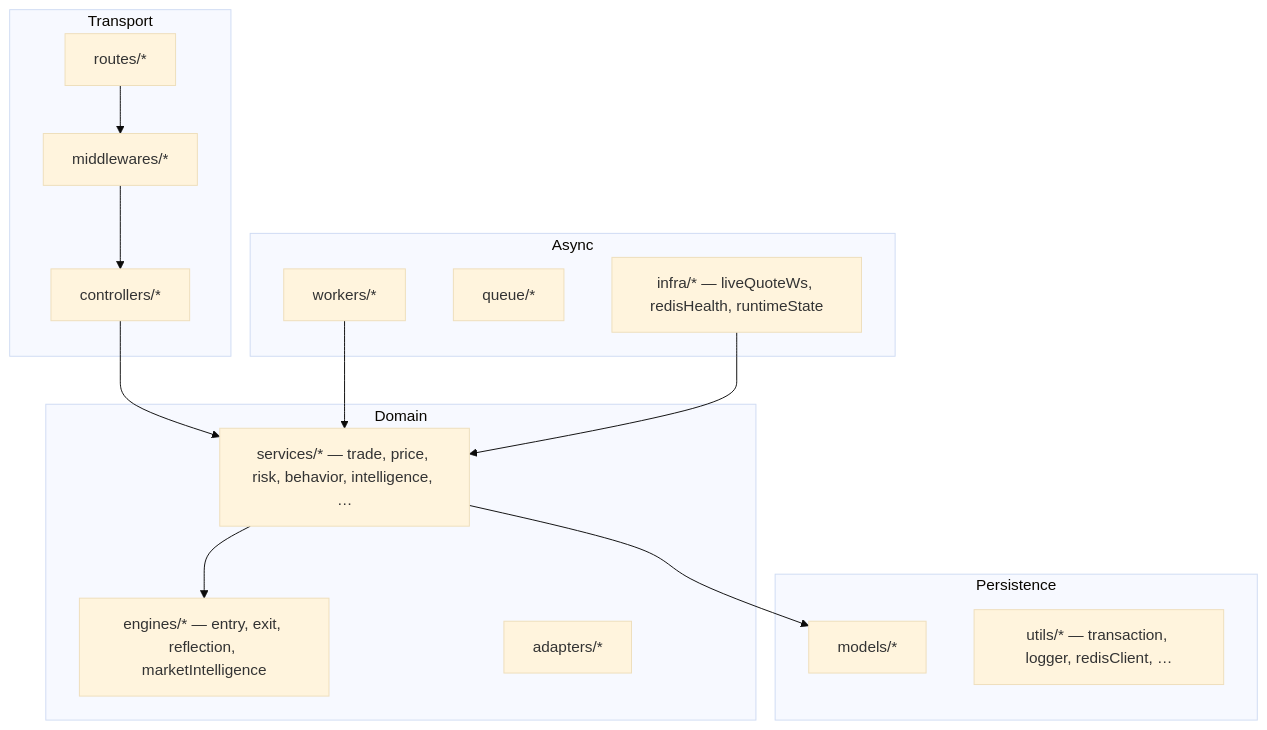
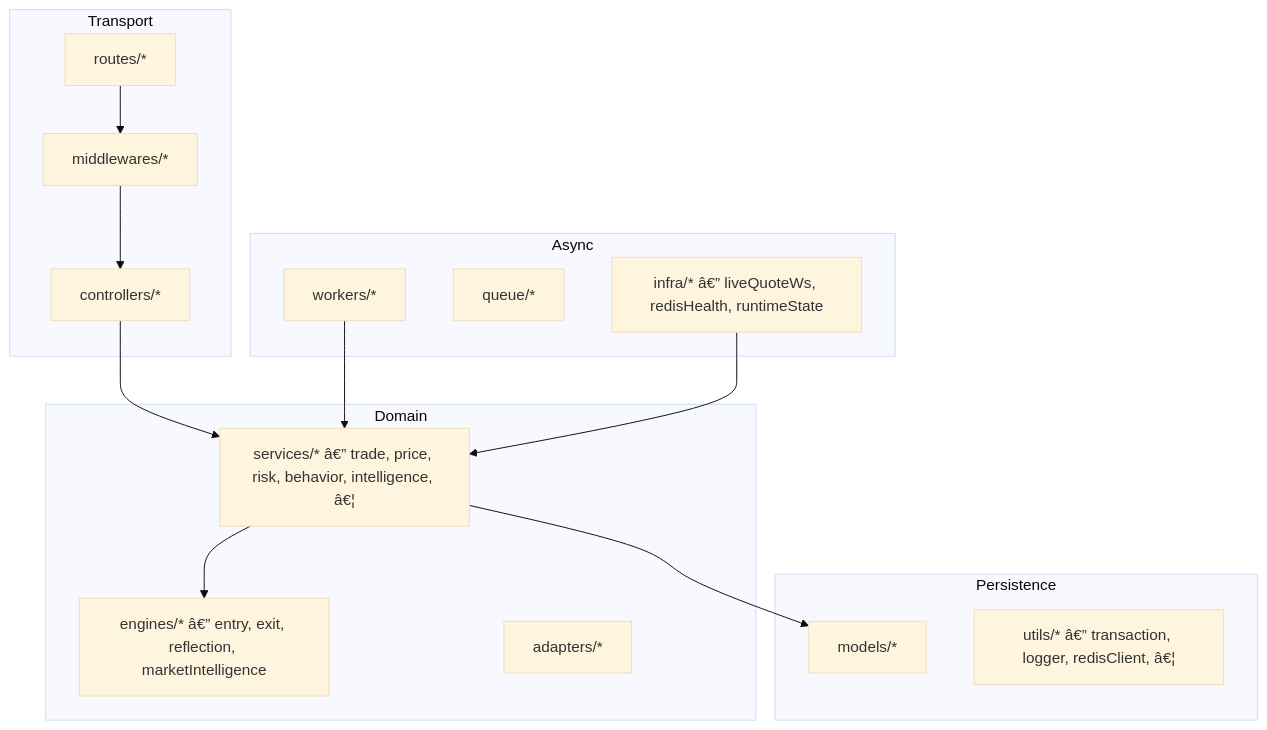
Before and after one commit to shreyash-sj10/Noesis: the diagram in README.md, drawn with Mermaid (base theme). The commit also changed other lines of this file and 2 other files, not shown here.

Commit message:
docs: add system architecture and system flow diagrams to README

````diff
--- a/README.md
+++ b/README.md
@@ -127,32 +84,32 @@
 ```mermaid
 flowchart TB
   subgraph Transport["Transport"]
     R["routes/*"]
     MW["middlewares/*"]
     CTL["controllers/*"]
   end
 
   subgraph Domain["Domain"]
-    ENG["engines/* — entry, exit, reflection, marketIntelligence"]
-    SVC["services/* — trade, price, risk, behavior, intelligence, …"]
+    ENG["engines/* â€” entry, exit, reflection, marketIntelligence"]
+    SVC["services/* â€” trade, price, risk, behavior, intelligence, â€¦"]
     ADP["adapters/*"]
   end
 
   subgraph Async["Async"]
     WKR["workers/*"]
     QUE["queue/*"]
-    INF["infra/* — liveQuoteWs, redisHealth, runtimeState"]
+    INF["infra/* â€” liveQuoteWs, redisHealth, runtimeState"]
   end
 
   subgraph Persistence["Persistence"]
     MOD["models/*"]
-    UTL["utils/* — transaction, logger, redisClient, …"]
+    UTL["utils/* â€” transaction, logger, redisClient, â€¦"]
   end
 
   R --> MW --> CTL
   CTL --> SVC
   SVC --> ENG
   SVC --> MOD
   WKR --> SVC
   INF --> SVC
 ```
````
